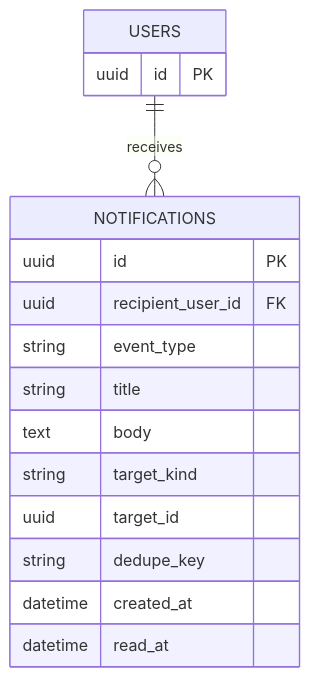
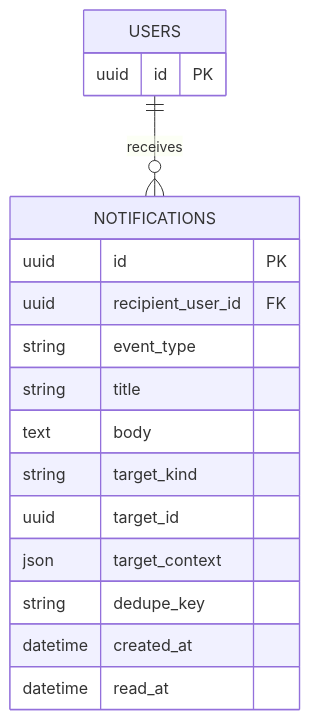
Before and after one commit to 2026-KW-HACKATHON/29_Jidan: the diagram in back-end/docs/erd/notification.md, drawn with Mermaid. The commit also changed other lines of this file, not shown here.

````diff
--- a/back-end/docs/erd/notification.md
+++ b/back-end/docs/erd/notification.md
@@ -3,20 +3,21 @@
 ```mermaid
 erDiagram
     USERS ||--o{ NOTIFICATIONS : receives
 
     USERS {
         uuid id PK
     }
     NOTIFICATIONS {
         uuid id PK
         uuid recipient_user_id FK
         string event_type
         string title
         text body
         string target_kind
         uuid target_id
+        json target_context
         string dedupe_key
         datetime created_at
         datetime read_at
     }
 ```
````
